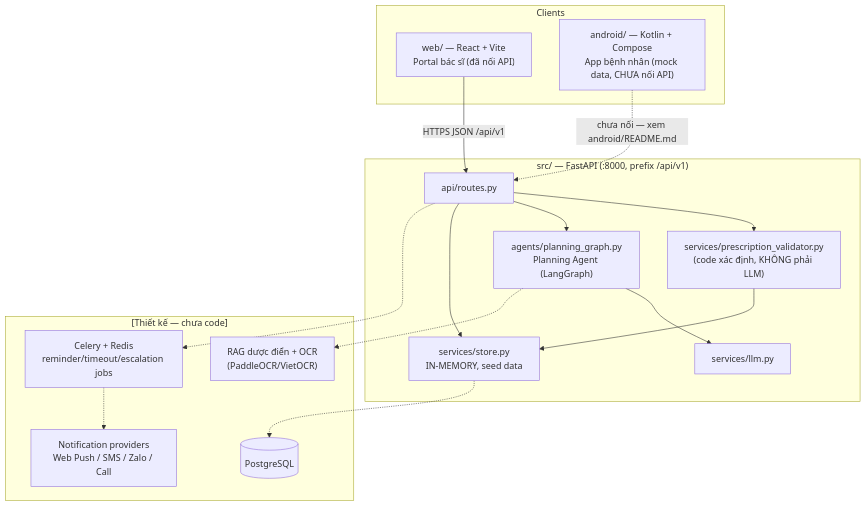
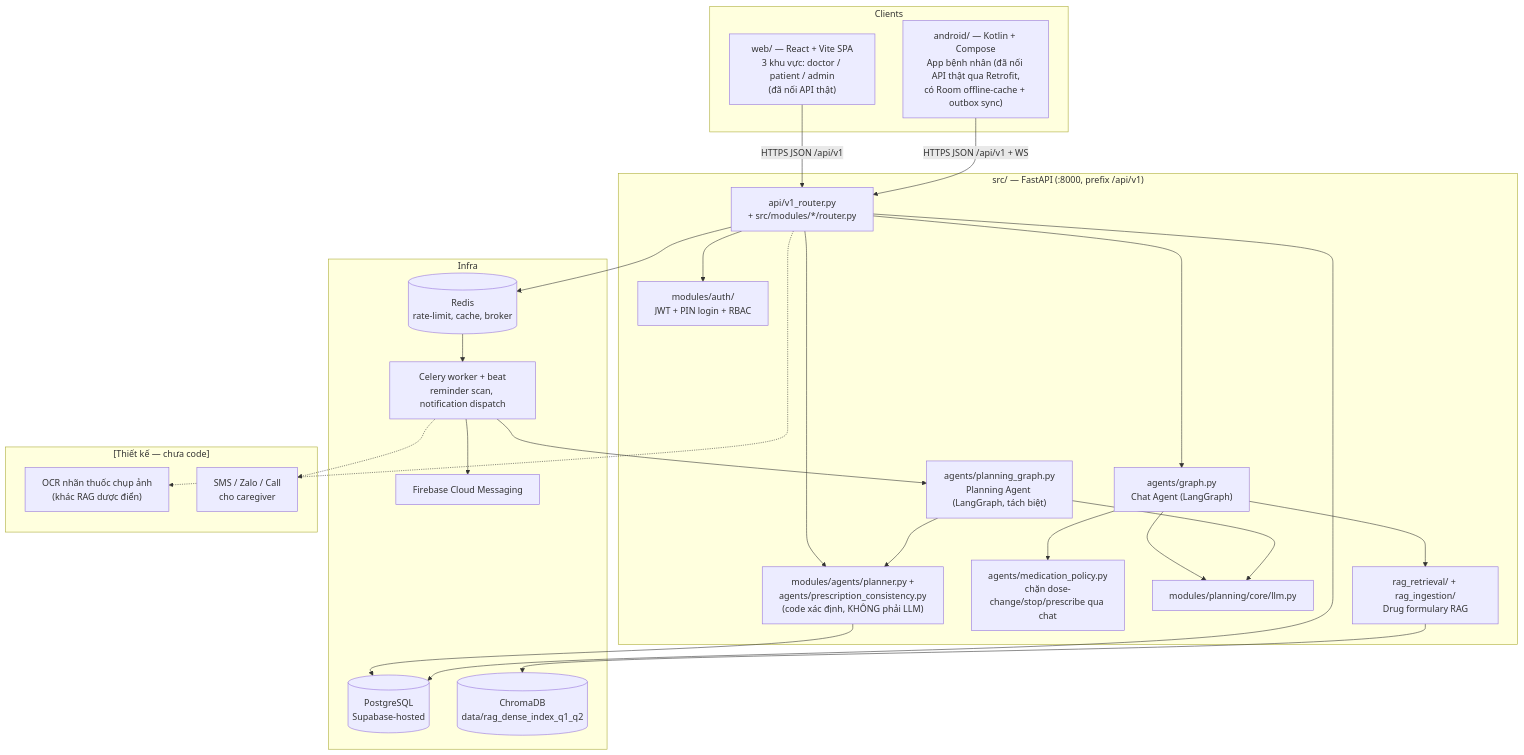
One commit to Quocker20/dosely-medication-adherence-agent changed the first of 2 diagrams in ARCHITECTURE.md. Above: the diagram before and after it, drawn with Mermaid. The commit also changed other lines of this file and 17 other files, not shown here.

````diff
--- a/ARCHITECTURE.md
+++ b/ARCHITECTURE.md
@@ -28,34 +41,51 @@
 ```mermaid
 graph TB
     subgraph Clients
-        Web["web/ — React + Vite\nPortal bác sĩ (đã nối API)"]
-        And["android/ — Kotlin + Compose\nApp bệnh nhân (mock data, CHƯA nối API)"]
+        Web["web/ — React + Vite SPA\n3 khu vực: doctor / patient / admin\n(đã nối API thật)"]
+        And["android/ — Kotlin + Compose\nApp bệnh nhân (đã nối API thật qua Retrofit,\ncó Room offline-cache + outbox sync)"]
     end
 
     subgraph Backend["src/ — FastAPI (:8000, prefix /api/v1)"]
-        API[api/routes.py]
-        Val["services/prescription_validator.py\n(code xác định, KHÔNG phải LLM)"]
-        Agent["agents/planning_graph.py\nPlanning Agent (LangGraph)"]
-        LLM[services/llm.py]
-        Store["services/store.py\nIN-MEMORY, seed data"]
+        API["api/v1_router.py\n+ src/modules/*/router.py"]
+        Auth["modules/auth/\nJWT + PIN login + RBAC"]
+        ChatGraph["agents/graph.py\nChat Agent (LangGraph)"]
+        PlanGraph["agents/planning_graph.py\nPlanning Agent (LangGraph, tách biệt)"]
+        Validator["modules/agents/planner.py +\nagents/prescription_consistency.py\n(code xác định, KHÔNG phải LLM)"]
+        MedPolicy["agents/medication_policy.py\nchặn dose-change/stop/prescribe qua chat"]
+        LLM[modules/planning/core/llm.py]
+        RAG["rag_retrieval/ + rag_ingestion/\nDrug formulary RAG"]
+    end
+
+    subgraph Infra
+        DB[(PostgreSQL\nSupabase-hosted)]
+        Redis[(Redis\nrate-limit, cache, broker)]
+        Celery["Celery worker + beat\nreminder scan, notification dispatch"]
+        Chroma[(ChromaDB\ndata/rag_dense_index_q1_q2)]
+        FCM[Firebase Cloud Messaging]
     end
 
     subgraph Future["[Thiết kế — chưa code]"]
-        Celery["Celery + Redis\nreminder/timeout/escalation jobs"]
-        DB[(PostgreSQL)]
-        Notif["Notification providers\nWeb Push / SMS / Zalo / Call"]
-        RAG["RAG dược điển + OCR\n(PaddleOCR/VietOCR)"]
+        OCR["OCR nhãn thuốc chụp ảnh\n(khác RAG dược điển)"]
+        Notif["SMS / Zalo / Call\ncho caregiver"]
     end
 
     Web -->|"HTTPS JSON /api/v1"| API
-    And -.->|"chưa nối — xem android/README.md"| API
-    API --> Val
-    API --> Agent
-    Agent --> LLM
-    Val --> Store
-    API --> Store
-    API -.-> Celery
-    Store -.-> DB
+    And -->|"HTTPS JSON /api/v1 + WS"| API
+    API --> Auth
+    API --> ChatGraph
+    API --> Validator
+    ChatGraph --> LLM
+    ChatGraph --> MedPolicy
+    ChatGraph --> RAG
+    RAG --> Chroma
+    Celery --> PlanGraph
+    PlanGraph --> LLM
+    PlanGraph --> Validator
+    Validator --> DB
+    API --> DB
+    API --> Redis
+    Redis --> Celery
+    Celery --> FCM
+    API -.-> OCR
     Celery -.-> Notif
-    Agent -.-> RAG
 ```
````
